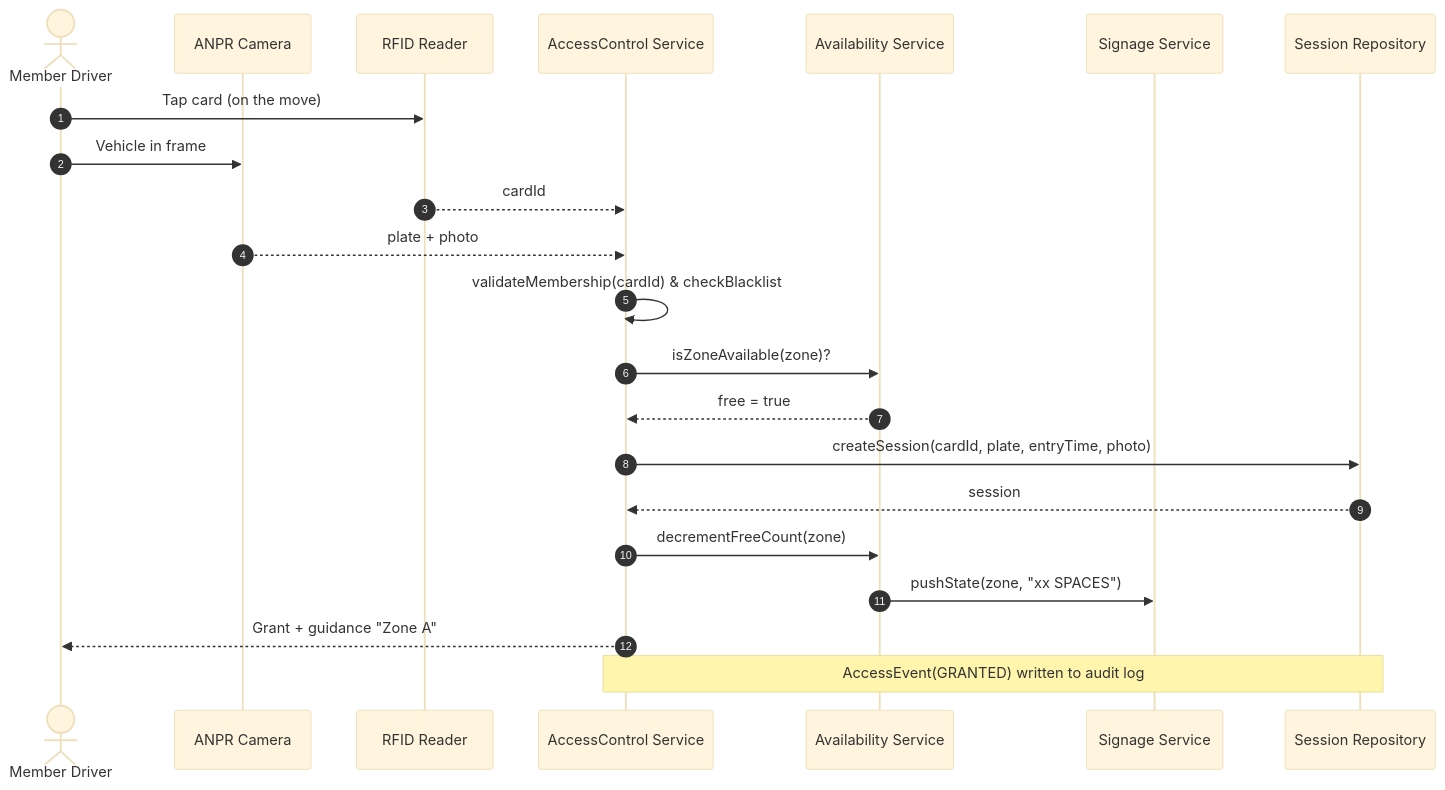
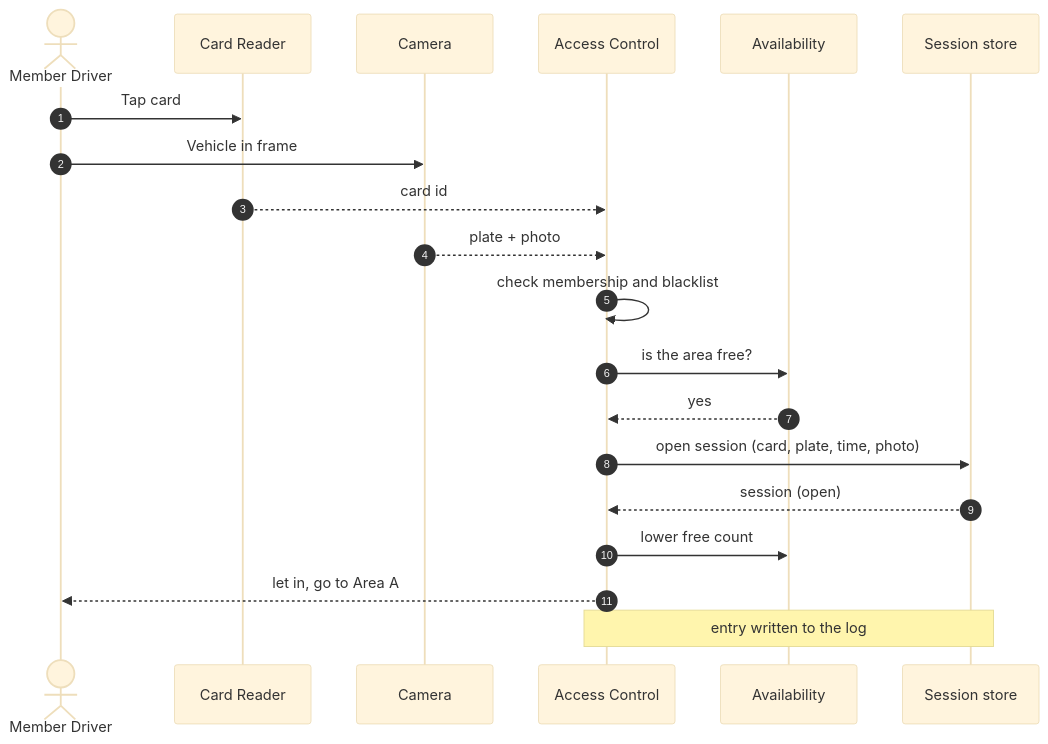
One commit to XeminoL/SmartParking_-IoT-SPMS- changed the first of 10 diagrams in docs/02-uml-and-ui.md. Above: the diagram before and after it, drawn with Mermaid (base theme). The commit also changed other lines of this file and 14 other files, not shown here.

````diff
--- a/docs/02-uml-and-ui.md
+++ b/docs/02-uml-and-ui.md
@@ -139,25 +110,23 @@
 ```mermaid
 sequenceDiagram
     autonumber
     actor Driver as Member Driver
-    participant ANPR as ANPR Camera
-    participant Reader as RFID Reader
-    participant Gate as AccessControl Service
-    participant Avail as Availability Service
-    participant Sign as Signage Service
-    participant Repo as Session Repository
+    participant Reader as Card Reader
+    participant ANPR as Camera
+    participant Gate as Access Control
+    participant Avail as Availability
+    participant Repo as Session store
 
-    Driver->>Reader: Tap card (on the move)
+    Driver->>Reader: Tap card
     Driver->>ANPR: Vehicle in frame
-    Reader-->>Gate: cardId
+    Reader-->>Gate: card id
     ANPR-->>Gate: plate + photo
-    Gate->>Gate: validateMembership(cardId) & checkBlacklist
-    Gate->>Avail: isZoneAvailable(zone)?
-    Avail-->>Gate: free = true
-    Gate->>Repo: createSession(cardId, plate, entryTime, photo)
-    Repo-->>Gate: session#ACTIVE
-    Gate->>Avail: decrementFreeCount(zone)
-    Avail->>Sign: pushState(zone, "xx SPACES")
-    Gate-->>Driver: Grant + guidance "Zone A"
-    Note over Gate,Repo: AccessEvent(GRANTED) written to audit log
+    Gate->>Gate: check membership and blacklist
+    Gate->>Avail: is the area free?
+    Avail-->>Gate: yes
+    Gate->>Repo: open session (card, plate, time, photo)
+    Repo-->>Gate: session (open)
+    Gate->>Avail: lower free count
+    Gate-->>Driver: let in, go to Area A
+    Note over Gate,Repo: entry written to the log
 ```
````
